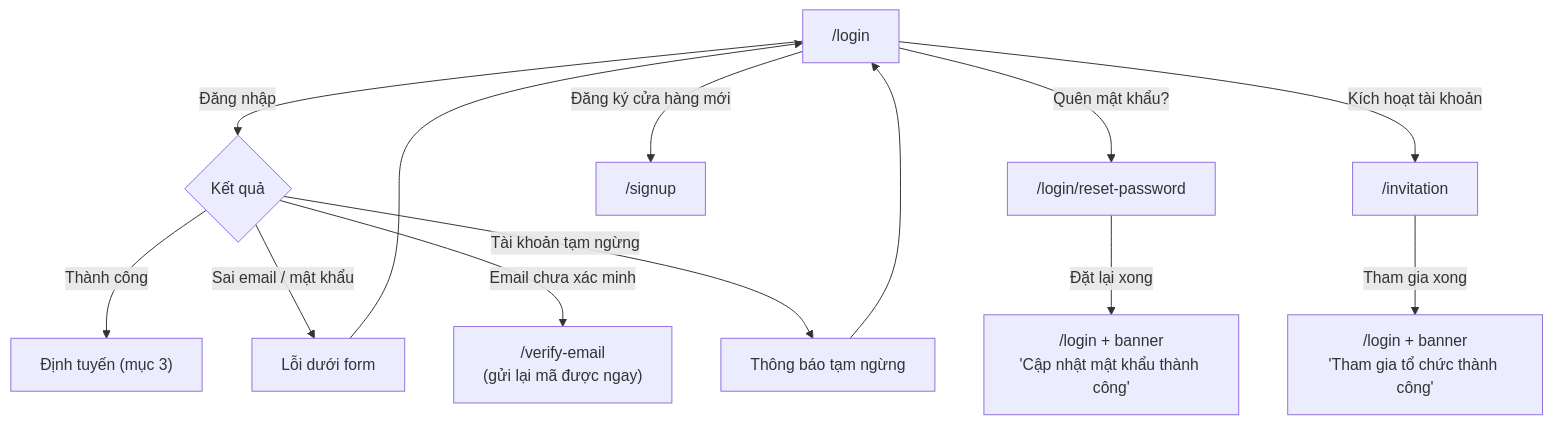
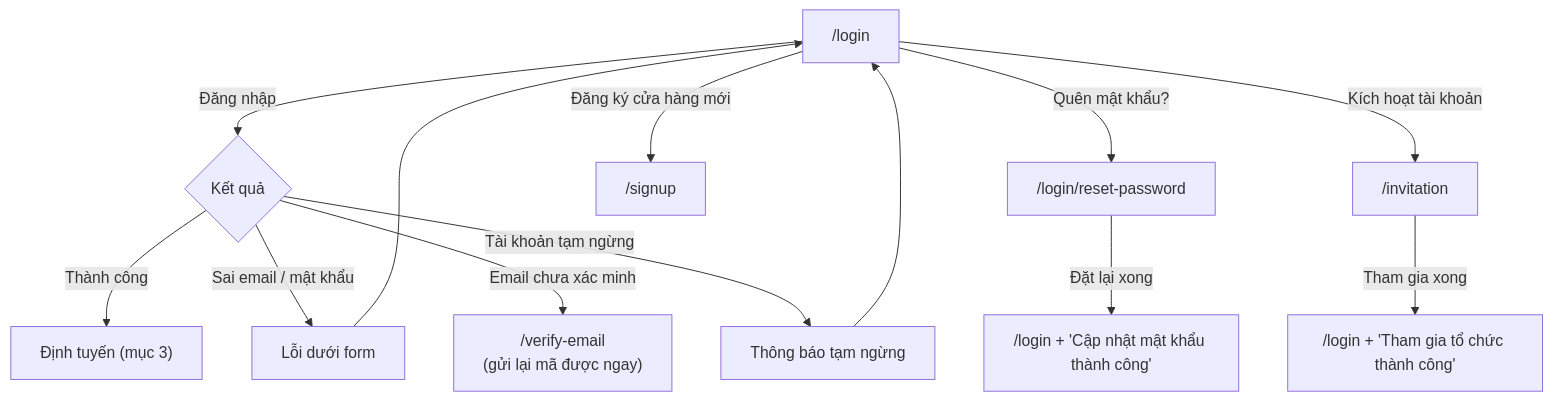
The third of 5 diagrams in docs/02-yeu-cau/LUONG-UNG-DUNG.md (DsChien102/erp-sales-inventory), drawn with Mermaid before and after one commit. The commit also changed other lines of this file and 5 other files, not shown here.

````diff
--- a/docs/02-yeu-cau/LUONG-UNG-DUNG.md
+++ b/docs/02-yeu-cau/LUONG-UNG-DUNG.md
@@ -98,13 +92,13 @@
 ```mermaid
 flowchart TD
   L["/login"] -->|"Đăng nhập"| C{"Kết quả"}
   C -->|"Thành công"| ROUTE["Định tuyến (mục 3)"]
   C -->|"Sai email / mật khẩu"| E1["Lỗi dưới form"] --> L
   C -->|"Email chưa xác minh"| V["/verify-email<br/>(gửi lại mã được ngay)"]
   C -->|"Tài khoản tạm ngừng"| E2["Thông báo tạm ngừng"] --> L
   L -->|"Quên mật khẩu?"| R["/login/reset-password"]
   L -->|"Đăng ký cửa hàng mới"| S["/signup"]
   L -->|"Kích hoạt tài khoản"| I["/invitation"]
-  R -->|"Đặt lại xong"| L2["/login + banner<br/>'Cập nhật mật khẩu thành công'"]
-  I -->|"Tham gia xong"| L3["/login + banner<br/>'Tham gia tổ chức thành công'"]
+  R -->|"Đặt lại xong"| L2["/login + 'Cập nhật mật khẩu thành công'"]
+  I -->|"Tham gia xong"| L3["/login + 'Tham gia tổ chức thành công'"]
 ```
````
